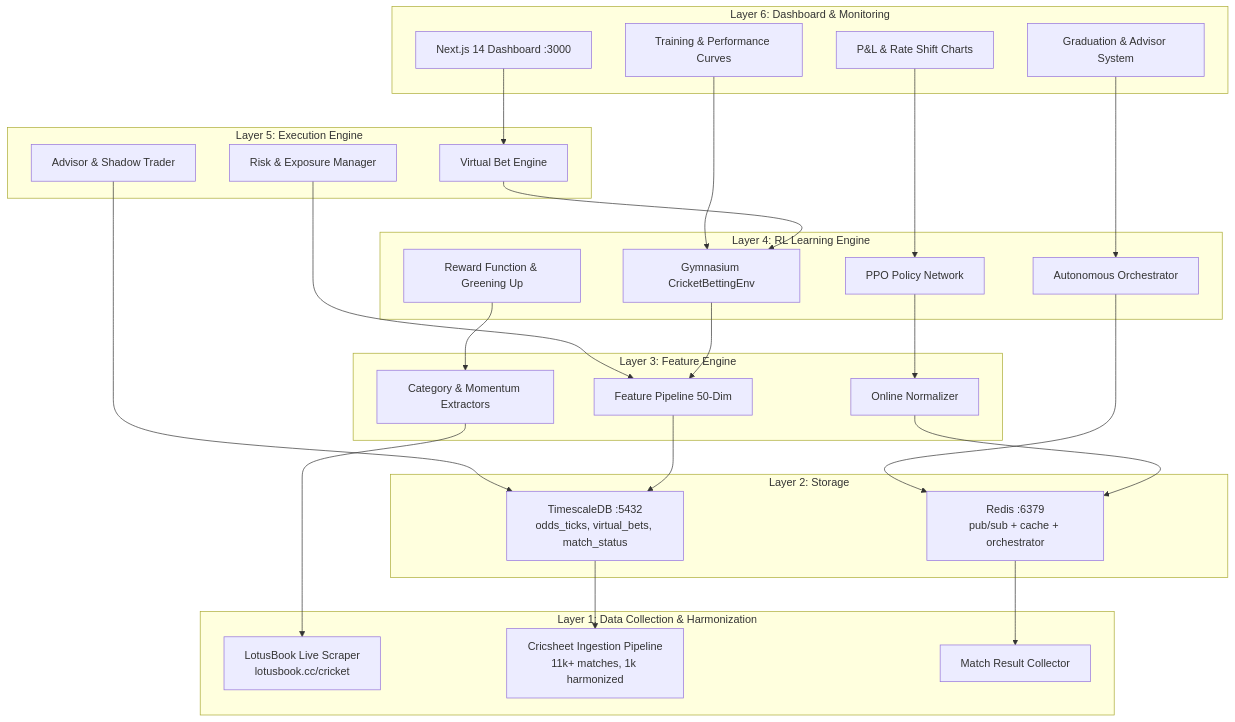
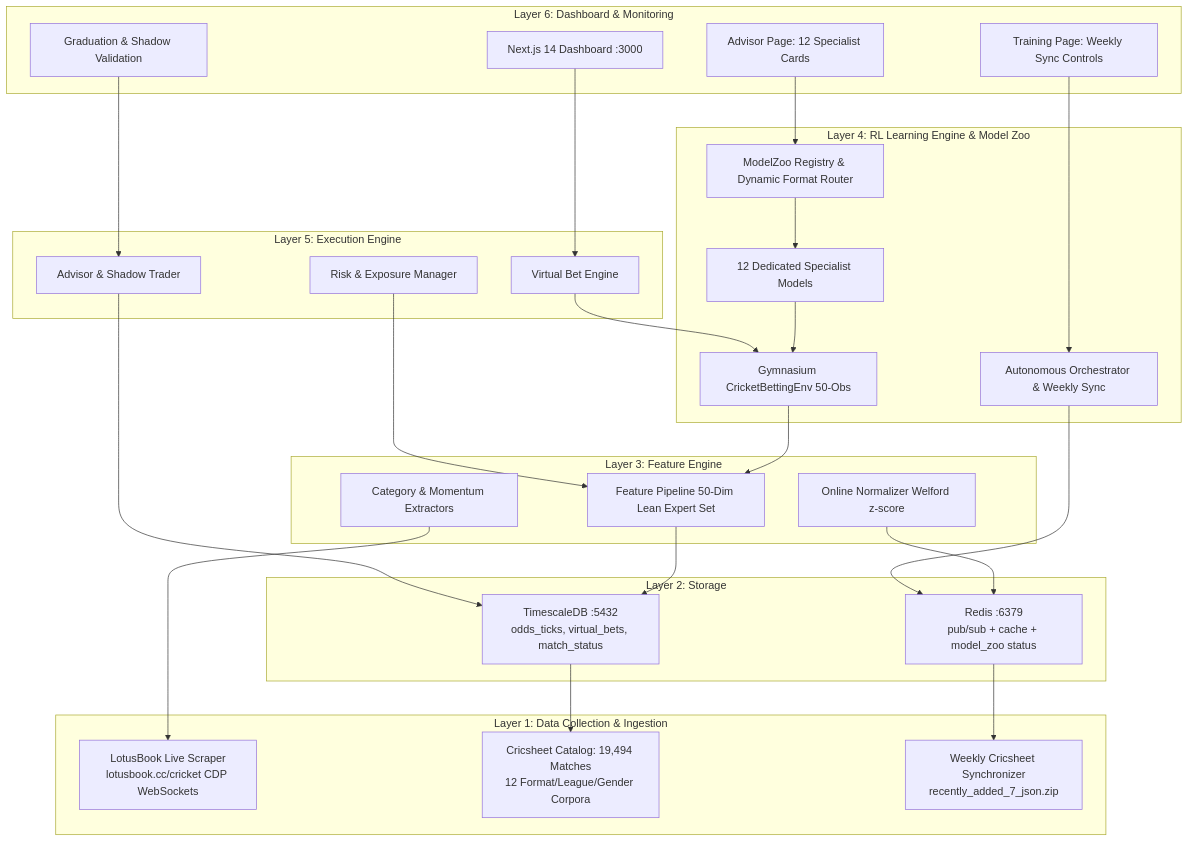
One commit to sohabena/prediction-claude changed the diagram in docs/architecture/01-system-architecture.md. Above: the diagram before and after it, drawn with Mermaid. The commit also changed other lines of this file and 22 other files, not shown here.

Commit message:
docs: forensic synchronization of architecture, rules, guides, and workflows with 12-specialist strategy

````diff
--- a/docs/architecture/01-system-architecture.md
+++ b/docs/architecture/01-system-architecture.md
@@ -13,56 +13,56 @@
 ```mermaid
 graph TB
     subgraph "Layer 6: Dashboard & Monitoring"
         A[Next.js 14 Dashboard :3000]
-        B[Training & Performance Curves]
-        C[P&L & Rate Shift Charts]
-        D[Graduation & Advisor System]
+        B[Advisor Page: 12 Specialist Cards]
+        C[Training Page: Weekly Sync Controls]
+        D[Graduation & Shadow Validation]
     end
     
     subgraph "Layer 5: Execution Engine"
         E[Virtual Bet Engine]
         F[Risk & Exposure Manager]
         G[Advisor & Shadow Trader]
     end
     
-    subgraph "Layer 4: RL Learning Engine"
-        H[Gymnasium CricketBettingEnv]
-        I[PPO Policy Network]
-        J[Reward Function & Greening Up]
-        K[Autonomous Orchestrator]
+    subgraph "Layer 4: RL Learning Engine & Model Zoo"
+        H[Gymnasium CricketBettingEnv 50-Obs]
+        I[ModelZoo Registry & Dynamic Format Router]
+        J[12 Dedicated Specialist Models]
+        K[Autonomous Orchestrator & Weekly Sync]
     end
     
     subgraph "Layer 3: Feature Engine"
-        L[Feature Pipeline 50-Dim]
-        M[Online Normalizer]
+        L[Feature Pipeline 50-Dim Lean Expert Set]
+        M[Online Normalizer Welford z-score]
         N[Category & Momentum Extractors]
     end
     
     subgraph "Layer 2: Storage"
         O[TimescaleDB :5432<br/>odds_ticks, virtual_bets, match_status]
-        P[Redis :6379<br/>pub/sub + cache + orchestrator]
+        P[Redis :6379<br/>pub/sub + cache + model_zoo status]
     end
     
-    subgraph "Layer 1: Data Collection & Harmonization"
-        Q[LotusBook Live Scraper<br/>lotusbook.cc/cricket]
-        R[Cricsheet Ingestion Pipeline<br/>11k+ matches, 1k harmonized]
-        S[Match Result Collector]
+    subgraph "Layer 1: Data Collection & Ingestion"
+        Q[LotusBook Live Scraper<br/>lotusbook.cc/cricket CDP WebSockets]
+        R[Cricsheet Catalog: 19,494 Matches<br/>12 Format/League/Gender Corpora]
+        S[Weekly Cricsheet Synchronizer<br/>recently_added_7_json.zip]
     end
     
     A --> E
-    B --> H
-    C --> I
-    D --> K
+    B --> I
+    C --> K
+    D --> G
     E --> H
     F --> L
     G --> O
     H --> L
-    I --> M
-    J --> N
+    I --> J
+    J --> H
     K --> P
     L --> O
     M --> P
     N --> Q
     O --> R
     P --> S
 ```
````
